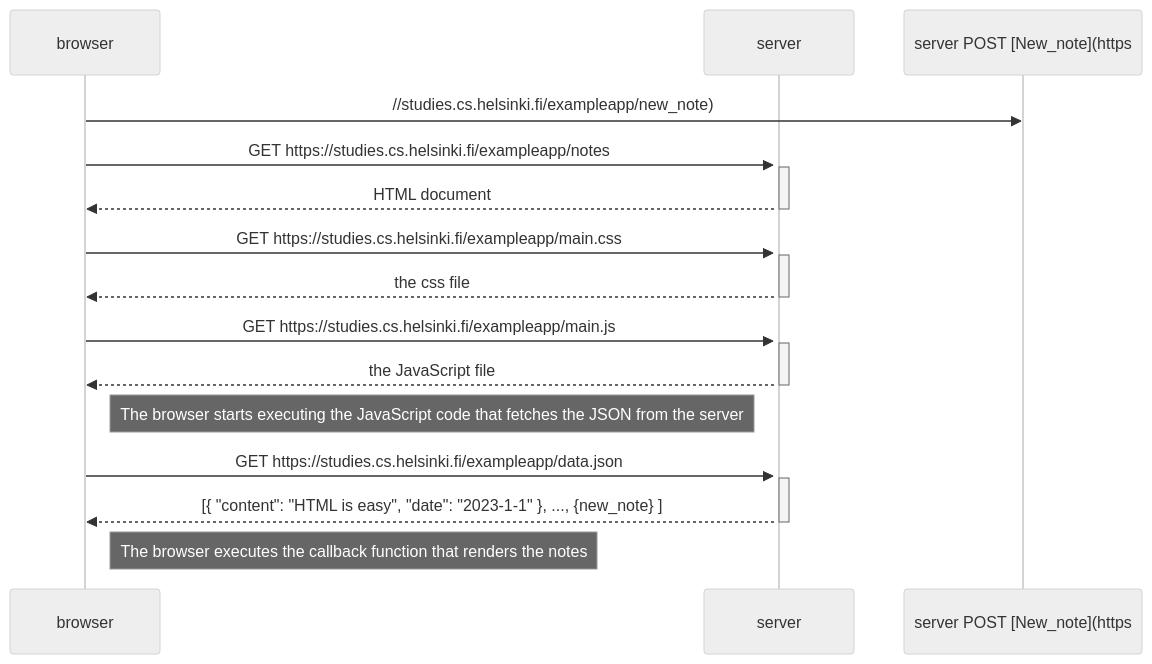
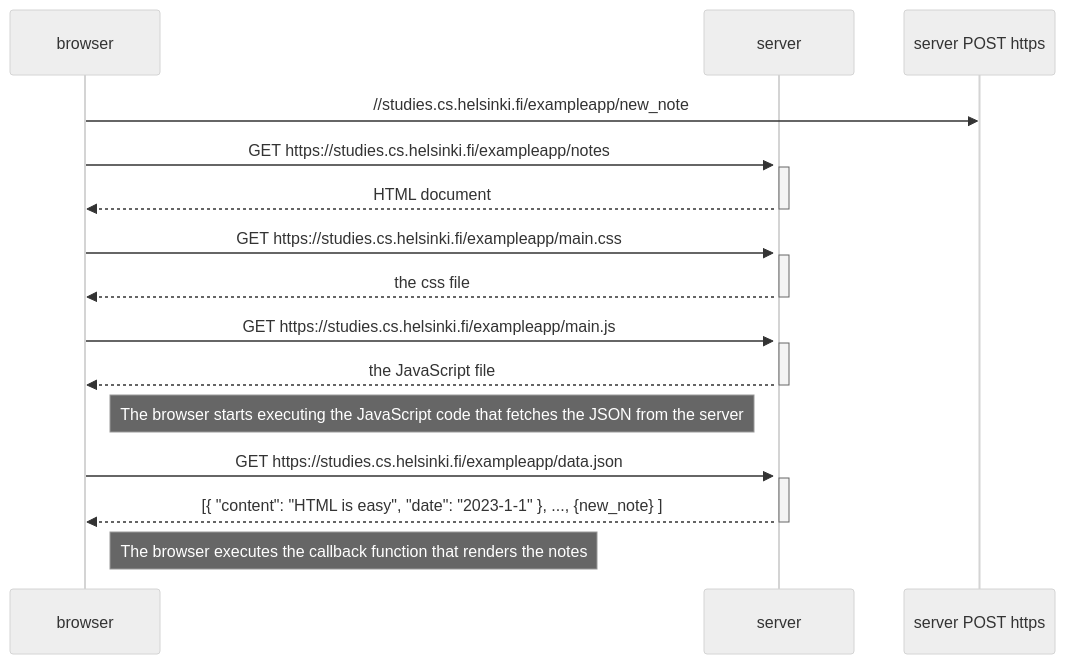
Before and after one commit to daviddelcerro/part0: the diagram in 0.4.md, drawn with Mermaid (neutral theme).

````diff
--- a/0.4.md
+++ b/0.4.md
@@ -1,33 +1,33 @@
 ```mermaid
 
 sequenceDiagram
     participant browser
     participant server
 
-    browser->>server POST [New_note](https://studies.cs.helsinki.fi/exampleapp/new_note)
+    browser->>server POST https://studies.cs.helsinki.fi/exampleapp/new_note
     activate server
     browser->>server: GET https://studies.cs.helsinki.fi/exampleapp/notes
     activate server
     server-->>browser: HTML document
     deactivate server
 
     browser->>server: GET https://studies.cs.helsinki.fi/exampleapp/main.css
     activate server
     server-->>browser: the css file
     deactivate server
 
     browser->>server: GET https://studies.cs.helsinki.fi/exampleapp/main.js
     activate server
     server-->>browser: the JavaScript file
     deactivate server
 
     Note right of browser: The browser starts executing the JavaScript code that fetches the JSON from the server
 
     browser->>server: GET https://studies.cs.helsinki.fi/exampleapp/data.json
     activate server
     server-->>browser: [{ "content": "HTML is easy", "date": "2023-1-1" }, ..., {new_note} ]
     deactivate server
 
     Note right of browser: The browser executes the callback function that renders the notes
 
 ```
````
